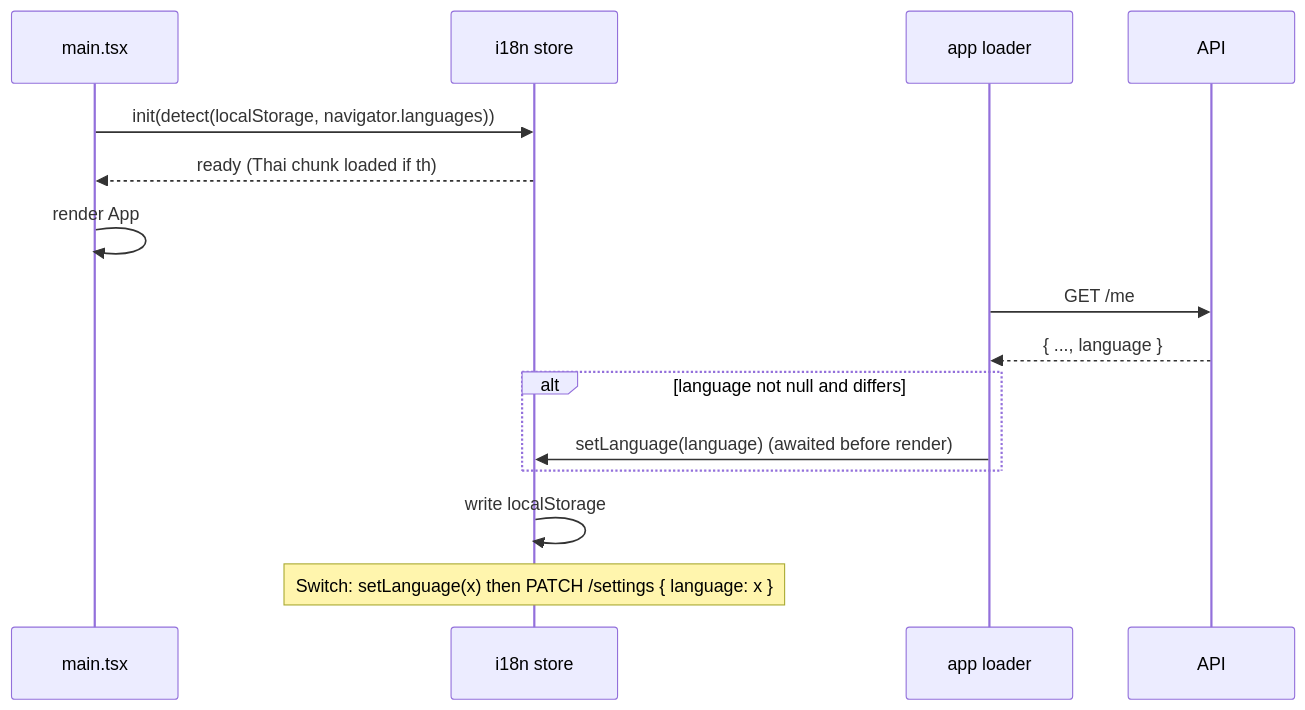
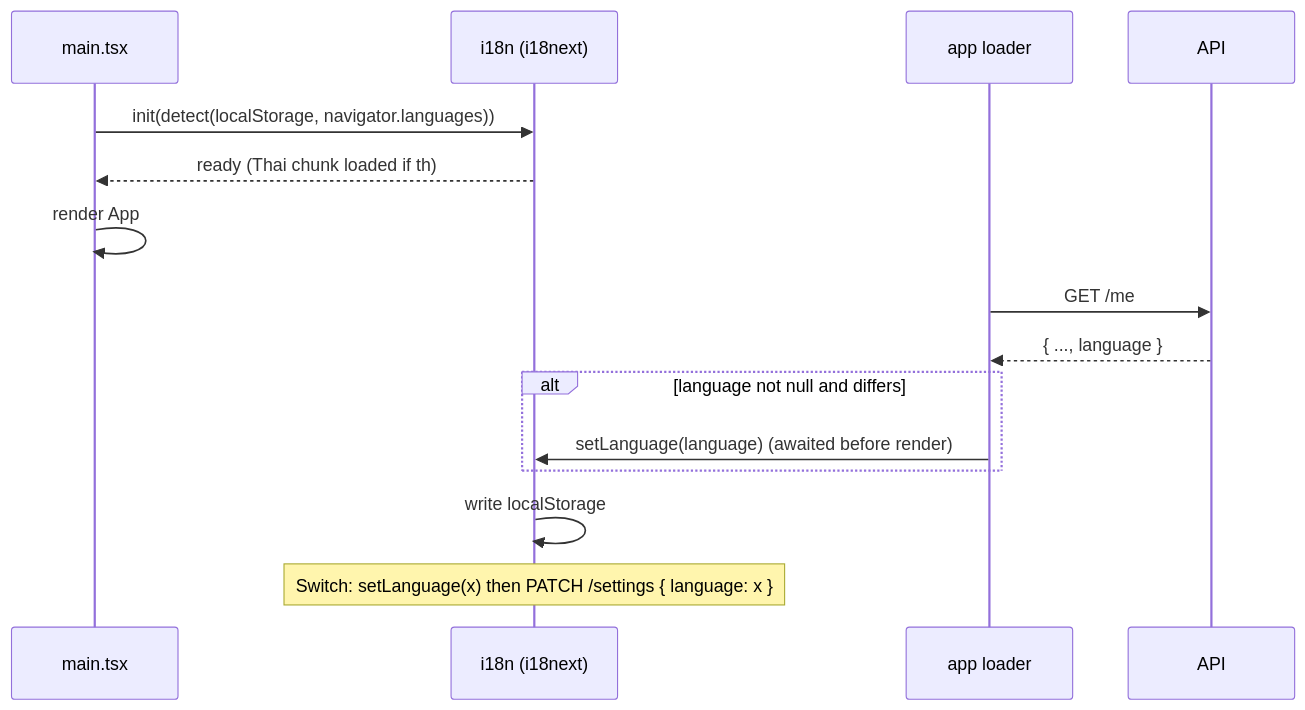
One commit to Thammasok/investhesis changed the second of 2 diagrams in docs/features/i18n/v1.0/design.md. Above: the diagram before and after it, drawn with Mermaid. The commit also changed other lines of this file and 3 other files, not shown here.

````diff
--- a/docs/features/i18n/v1.0/design.md
+++ b/docs/features/i18n/v1.0/design.md
@@ -194,17 +200,17 @@
 ```mermaid
 sequenceDiagram
   participant M as main.tsx
-  participant St as i18n store
+  participant St as i18n (i18next)
   participant L as app loader
   participant A as API
   M->>St: init(detect(localStorage, navigator.languages))
   St-->>M: ready (Thai chunk loaded if th)
   M->>M: render App
   L->>A: GET /me
   A-->>L: { ..., language }
   alt language not null and differs
     L->>St: setLanguage(language)  (awaited before render)
   end
   St->>St: write localStorage
   Note over St: Switch: setLanguage(x) then PATCH /settings { language: x }
 ```
````
